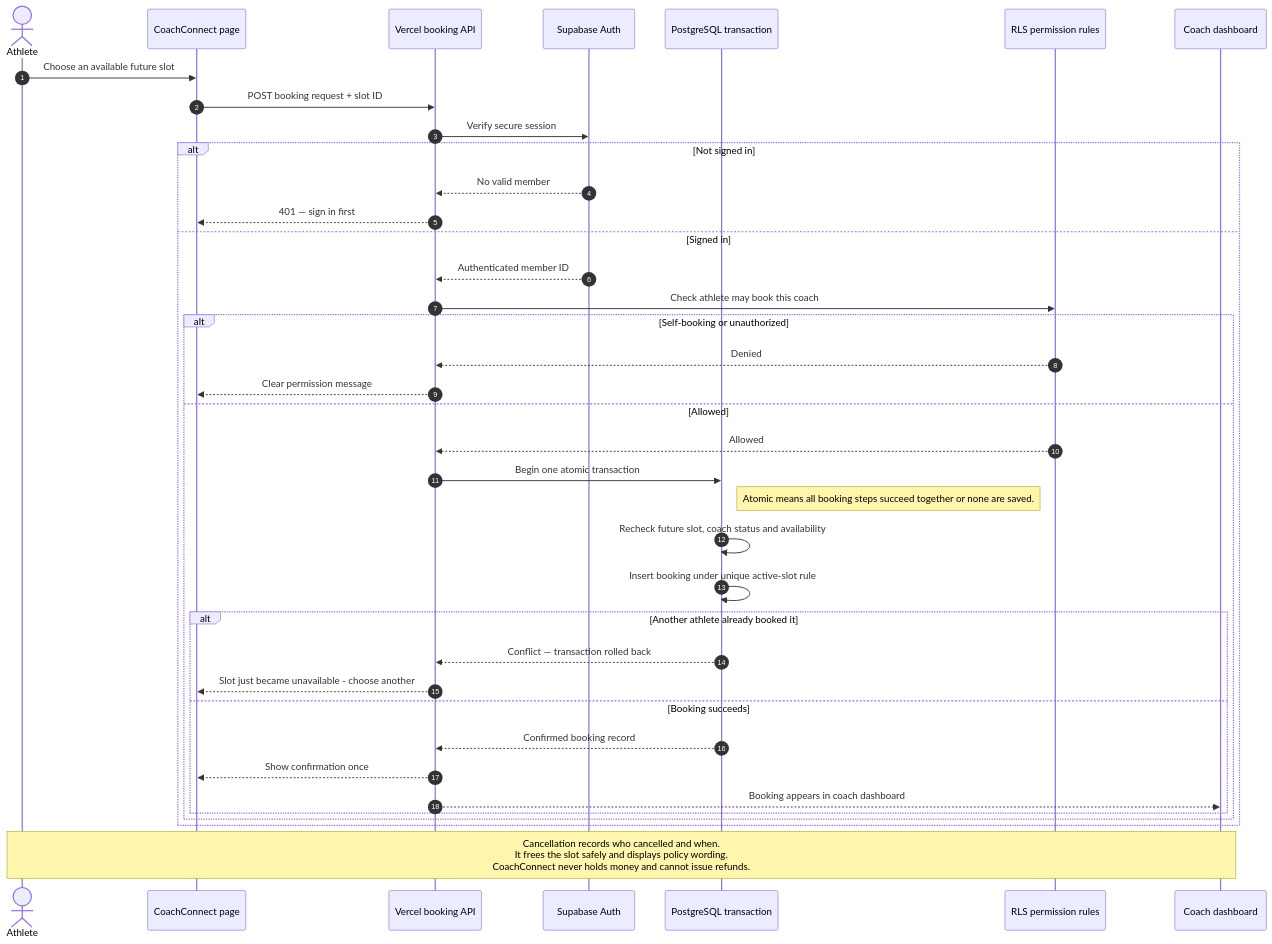
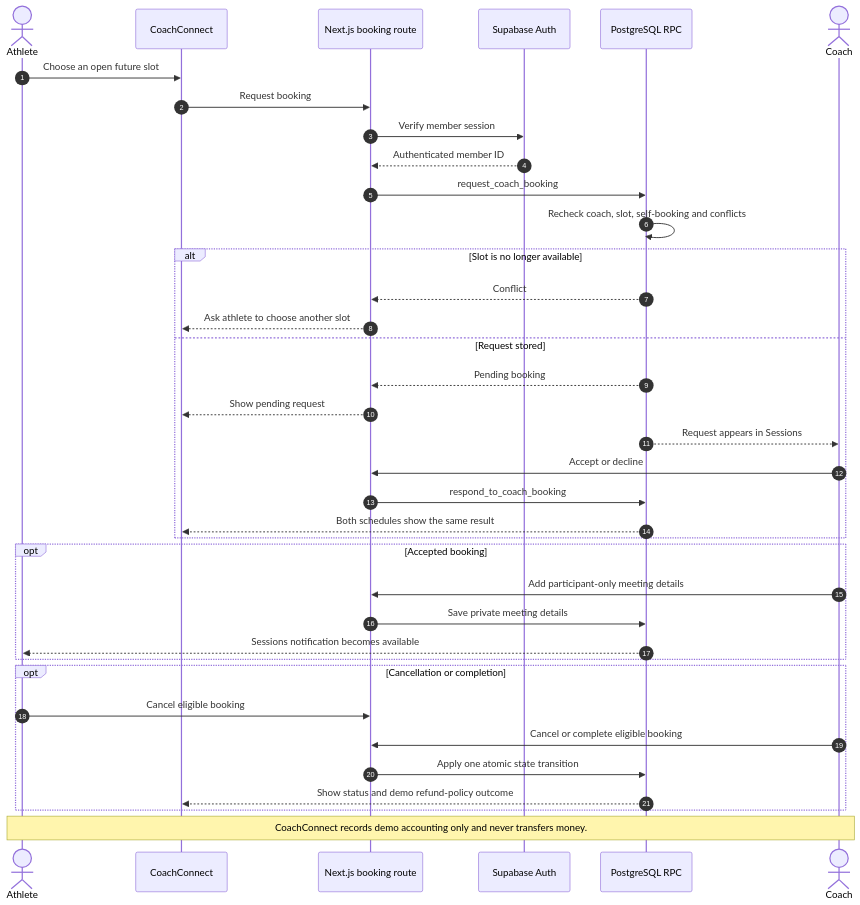
The diagram in architecture/coachconnect-booking-flow.mmd (alimajid266/coachconnect), drawn with Mermaid before and after one commit. The commit also changed 18 other files, not shown here.

```diff
--- a/architecture/coachconnect-booking-flow.mmd
+++ b/architecture/coachconnect-booking-flow.mmd
@@ -1,40 +1,41 @@
 sequenceDiagram
   autonumber
   actor Athlete
-  participant UI as CoachConnect page
-  participant API as Vercel booking API
+  participant UI as CoachConnect
+  participant API as Next.js booking route
   participant Auth as Supabase Auth
-  participant DB as PostgreSQL transaction
-  participant RLS as RLS permission rules
-  participant Coach as Coach dashboard
+  participant DB as PostgreSQL RPC
+  actor Coach
 
-  Athlete->>UI: Choose an available future slot
-  UI->>API: POST booking request + slot ID
-  API->>Auth: Verify secure session
-  alt Not signed in
-    Auth-->>API: No valid member
-    API-->>UI: 401 — sign in first
-  else Signed in
-    Auth-->>API: Authenticated member ID
-    API->>RLS: Check athlete may book this coach
-    alt Self-booking or unauthorized
-      RLS-->>API: Denied
-      API-->>UI: Clear permission message
-    else Allowed
-      RLS-->>API: Allowed
-      API->>DB: Begin one atomic transaction
-      Note right of DB: Atomic means all booking steps succeed together or none are saved.
-      DB->>DB: Recheck future slot, coach status and availability
-      DB->>DB: Insert booking under unique active-slot rule
-      alt Another athlete already booked it
-        DB-->>API: Conflict — transaction rolled back
-        API-->>UI: Slot just became unavailable - choose another
-      else Booking succeeds
-        DB-->>API: Confirmed booking record
-        API-->>UI: Show confirmation once
-        API-->>Coach: Booking appears in coach dashboard
-      end
-    end
+  Athlete->>UI: Choose an open future slot
+  UI->>API: Request booking
+  API->>Auth: Verify member session
+  Auth-->>API: Authenticated member ID
+  API->>DB: request_coach_booking
+  DB->>DB: Recheck coach, slot, self-booking and conflicts
+  alt Slot is no longer available
+    DB-->>API: Conflict
+    API-->>UI: Ask athlete to choose another slot
+  else Request stored
+    DB-->>API: Pending booking
+    API-->>UI: Show pending request
+    DB-->>Coach: Request appears in Sessions
+    Coach->>API: Accept or decline
+    API->>DB: respond_to_coach_booking
+    DB-->>UI: Both schedules show the same result
   end
 
-  Note over Athlete,Coach: Cancellation records who cancelled and when.<br/>It frees the slot safely and displays policy wording.<br/>CoachConnect never holds money and cannot issue refunds.
+  opt Accepted booking
+    Coach->>API: Add participant-only meeting details
+    API->>DB: Save private meeting details
+    DB-->>Athlete: Sessions notification becomes available
+  end
+
+  opt Cancellation or completion
+    Athlete->>API: Cancel eligible booking
+    Coach->>API: Cancel or complete eligible booking
+    API->>DB: Apply one atomic state transition
+    DB-->>UI: Show status and demo refund-policy outcome
+  end
+
+  Note over Athlete,Coach: CoachConnect records demo accounting only and never transfers money.
```
